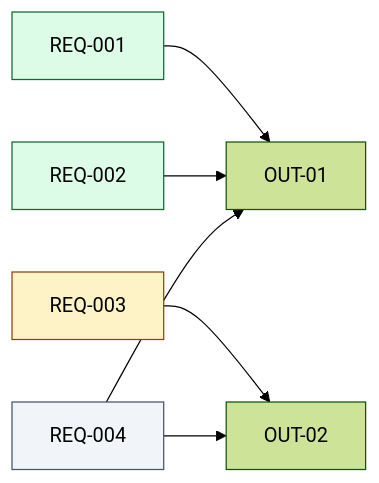
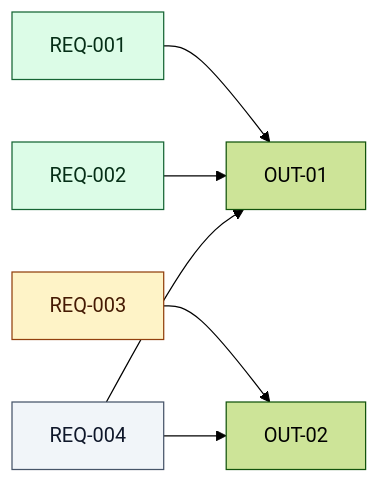
One commit to dkoenawan/compass-labs changed the fourth of 11 diagrams in skills/requirements/reference/diagrams.md. Above: the diagram before and after it, drawn with Mermaid (forest theme). The commit also changed other lines of this file and 29 other files, not shown here.

First line of the commit message:
fix: Diagram labels readable in dark mode (v2.2.1) — #66 (#76)

````diff
--- a/skills/requirements/reference/diagrams.md
+++ b/skills/requirements/reference/diagrams.md
@@ -114,13 +114,13 @@
 ```mermaid
 flowchart LR
-  classDef must fill:#DCFCE7,stroke:#166534
-  classDef should fill:#FEF3C7,stroke:#92400E
-  classDef could fill:#F1F5F9,stroke:#475569
+  classDef must fill:#DCFCE7,stroke:#166534,color:#052E16
+  classDef should fill:#FEF3C7,stroke:#92400E,color:#451A03
+  classDef could fill:#F1F5F9,stroke:#475569,color:#0F172A
   O01["OUT-01"]
   O02["OUT-02"]
   R001["REQ-001"]:::must --> O01
   R002["REQ-002"]:::must --> O01
   R003["REQ-003"]:::should --> O02
   R004["REQ-004"]:::could --> O01
   R004 --> O02
 ```
````
